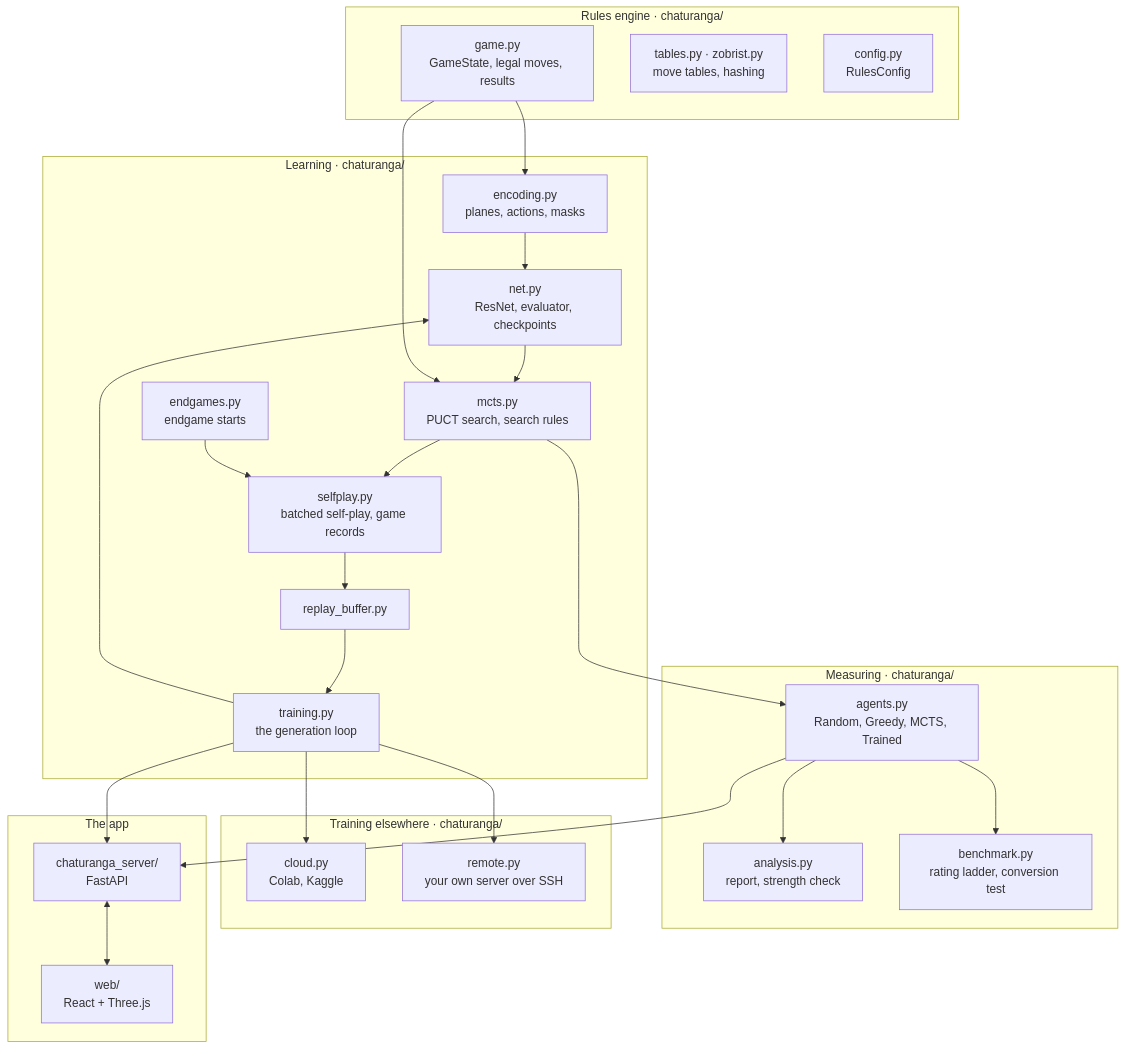
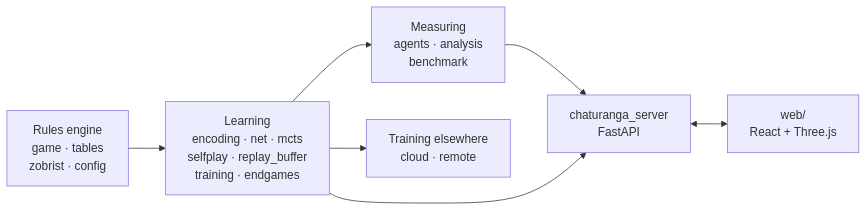
One commit to Aditya-00786/csf407-fable-chaturanga-zero changed the first of 2 diagrams in docs/ARCHITECTURE.md. Above: the diagram before and after it, drawn with Mermaid.

Commit message:
docs: a compact diagram of the parts of the code

````diff
--- a/docs/ARCHITECTURE.md
+++ b/docs/ARCHITECTURE.md
@@ -9,42 +9,9 @@
 ```mermaid
-flowchart TB
-    subgraph engine[Rules engine · chaturanga/]
-        game[game.py<br/>GameState, legal moves, results]
-        tables[tables.py · zobrist.py<br/>move tables, hashing]
-        config[config.py<br/>RulesConfig]
-    end
-    subgraph learn[Learning · chaturanga/]
-        enc[encoding.py<br/>planes, actions, masks]
-        net[net.py<br/>ResNet, evaluator, checkpoints]
-        mcts[mcts.py<br/>PUCT search, search rules]
-        sp[selfplay.py<br/>batched self-play, game records]
-        buf[replay_buffer.py]
-        train[training.py<br/>the generation loop]
-        endg[endgames.py<br/>endgame starts]
-    end
-    subgraph measure[Measuring · chaturanga/]
-        agents[agents.py<br/>Random, Greedy, MCTS, Trained]
-        analysis[analysis.py<br/>report, strength check]
-        bench[benchmark.py<br/>rating ladder, conversion test]
-    end
-    subgraph elsewhere[Training elsewhere · chaturanga/]
-        cloud[cloud.py<br/>Colab, Kaggle]
-        remote[remote.py<br/>your own server over SSH]
-    end
-    subgraph app[The app]
-        server[chaturanga_server/<br/>FastAPI]
-        web[web/<br/>React + Three.js]
-    end
-    game --> enc --> net --> mcts
-    game --> mcts
-    mcts --> sp --> buf --> train --> net
-    endg --> sp
-    mcts --> agents
-    agents --> analysis
-    agents --> bench
-    train --> cloud
-    train --> remote
-    agents --> server
-    train --> server
-    server <--> web
+flowchart LR
+    E["Rules engine<br/>game · tables<br/>zobrist · config"] --> L["Learning<br/>encoding · net · mcts<br/>selfplay · replay_buffer<br/>training · endgames"]
+    L --> M["Measuring<br/>agents · analysis<br/>benchmark"]
+    L --> X["Training elsewhere<br/>cloud · remote"]
+    M --> S["chaturanga_server<br/>FastAPI"]
+    L --> S
+    S <--> W["web/<br/>React + Three.js"]
 ```
````
